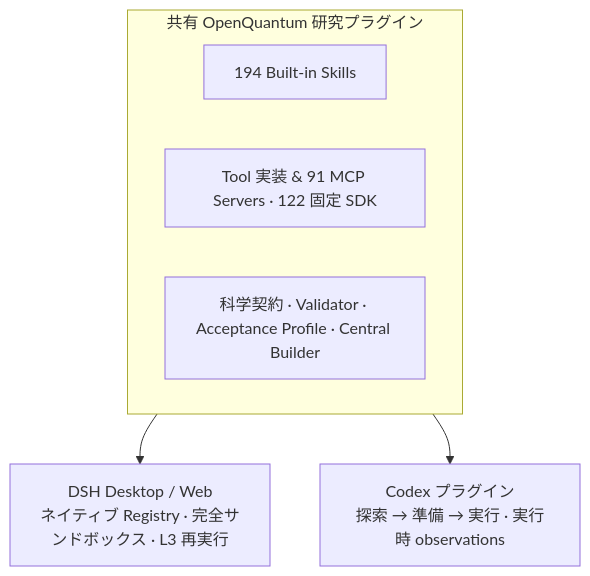
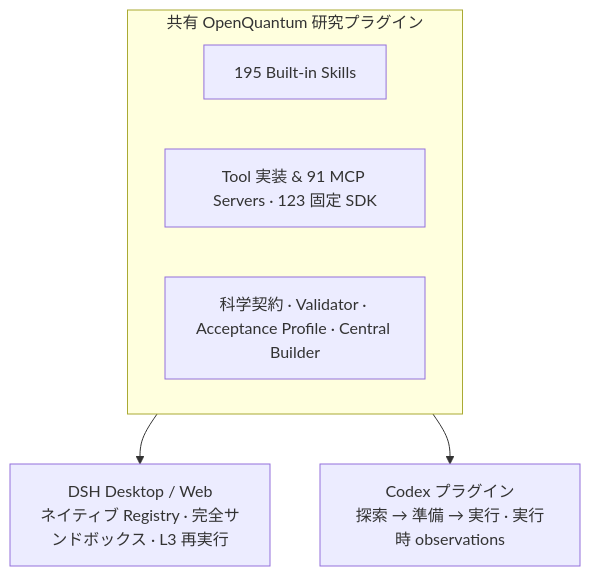
One commit to xi-zhao/OpenQuantum changed the diagram in docs/readme/README.ja.md. Above: the diagram before and after it, drawn with Mermaid. The commit also changed other lines of this file and 23 other files, not shown here.

````diff
--- a/docs/readme/README.ja.md
+++ b/docs/readme/README.ja.md
@@ -265,10 +266,10 @@
 ```mermaid
 flowchart TB
   subgraph Shared["共有 OpenQuantum 研究プラグイン"]
-    SK["194 Built-in Skills"]
-    TI["Tool 実装 & 91 MCP Servers · 122 固定 SDK"]
+    SK["195 Built-in Skills"]
+    TI["Tool 実装 & 91 MCP Servers · 123 固定 SDK"]
     SC["科学契約 · Validator · Acceptance Profile · Central Builder"]
   end
   Shared --> DSH["DSH Desktop / Web<br/>ネイティブ Registry · 完全サンドボックス · L3 再実行"]
   Shared --> CDX["Codex プラグイン<br/>探索 → 準備 → 実行 · 実行時 observations"]
 ```
````
